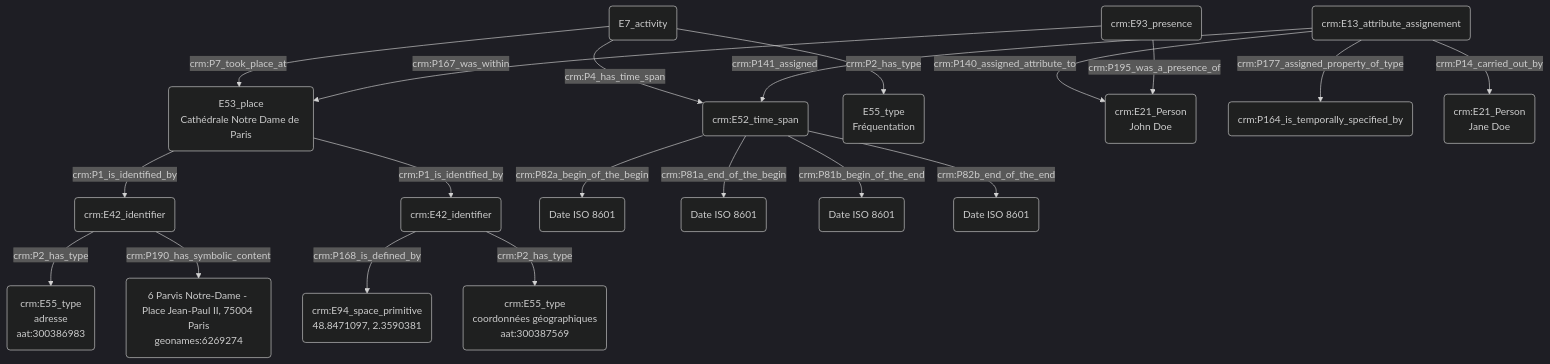
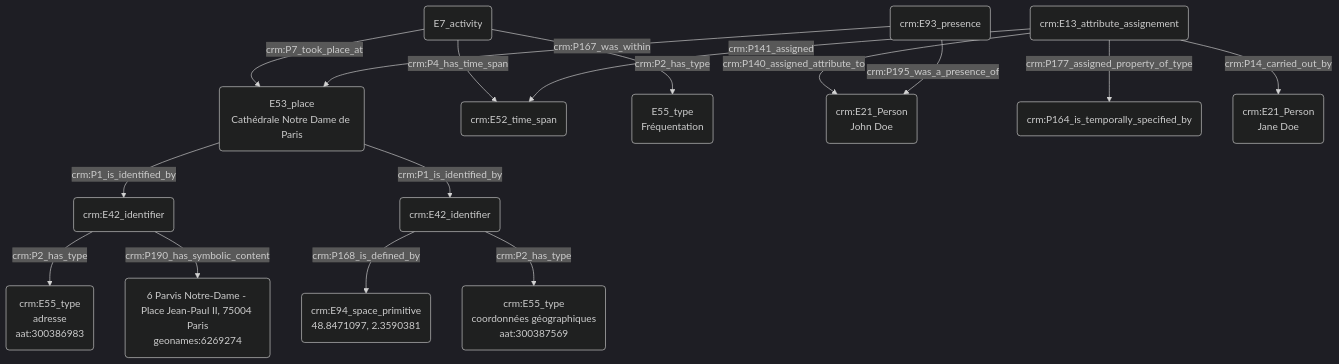
One commit to Amleth/consortium-musica2-gt2-ontologies changed the diagram in modules/livrables/Dossier 2/Prosopographie/fréquentation d'un lieu à un instant donné.md. Above: the diagram before and after it, drawn with Mermaid (dark theme).

Commit message:
Update fréquentation d'un lieu à un instant donné.md

````diff
--- a/modules/livrables/Dossier 2/Prosopographie/fréquentation d'un lieu à un instant donné.md
+++ b/modules/livrables/Dossier 2/Prosopographie/fréquentation d'un lieu à un instant donné.md
@@ -17,29 +17,25 @@
 ```mermaid
 graph TD;
 
 
 
 B(E7_activity) -->|crm:P7_took_place_at| I(E53_place<br>Cathédrale Notre Dame de Paris)
 I(E53_place<br>Cathédrale Notre Dame de Paris) --> |crm:P1_is_identified_by| M(crm:E42_identifier)
 M(crm:E42_identifier) --> |crm:P2_has_type| K(crm:E55_type<br>adresse<br>aat:300386983)
 M(crm:E42_identifier) --> |crm:P190_has_symbolic_content| N(6 Parvis Notre-Dame - Place Jean-Paul II, 75004 Paris<br>geonames:6269274)
 I(E53_place<br>Cathédrale Notre Dame de Paris) --> |crm:P1_is_identified_by| X(crm:E42_identifier)
 X(crm:E42_identifier) --> |crm:P168_is_defined_by| L(crm:E94_space_primitive<br>48.8471097, 2.3590381)
 X(crm:E42_identifier) --> |crm:P2_has_type| Y(crm:E55_type<br>coordonnées géographiques<br>aat:300387569)
 
-B(E7_activity) --> |crm:P4_has_time_span| D(crm:E52_time_span)
+B(E7_activity) --> |crm:P4_has_time_span| D(crm:E52_time_span<br>Date ISO 8601)
 B(E7_activity) -->|crm:P2_has_type| C(E55_type<br>Fréquentation)
-D(crm:E52_time_span) --> |crm:P82a_begin_of_the_begin| E("Date ISO 8601")
-D(crm:E52_time_span) --> |crm:P81a_end_of_the_begin| F("Date ISO 8601")
-D(crm:E52_time_span) --> |crm:P81b_begin_of_the_end|G("Date ISO 8601")
-D(crm:E52_time_span) --> |crm:P82b_end_of_the_end| H("Date ISO 8601")
 
 U(crm:E13_attribute_assignement) --> |crm:P140_assigned_attribute_to| A(crm:E21_Person<br>John Doe)
 U(crm:E13_attribute_assignement) --> |crm:P141_assigned| D(crm:E52_time_span)
 U(crm:E13_attribute_assignement) --> |crm:P177_assigned_property_of_type| S(crm:P164_is_temporally_specified_by)
 U(crm:E13_attribute_assignement) --> |crm:P14_carried_out_by| V(crm:E21_Person<br>Jane Doe)
 
 R(crm:E93_presence) --> |crm:P195_was_a_presence_of| A(crm:E21_Person<br>John Doe)
 R(crm:E93_presence) --> |crm:P167_was_within| I(E53_place<br>Cathédrale Notre Dame de Paris)
 
 ```
````
